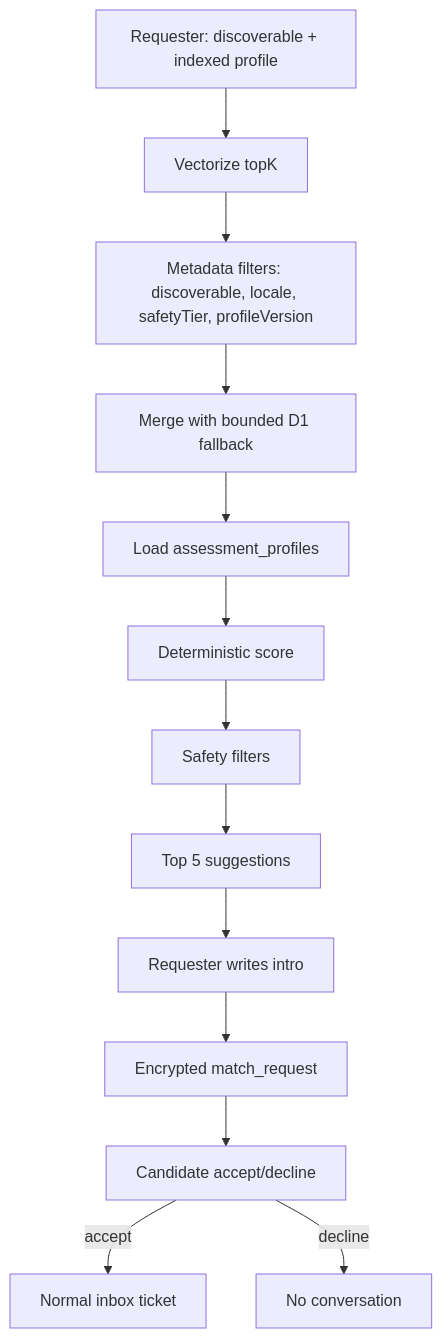
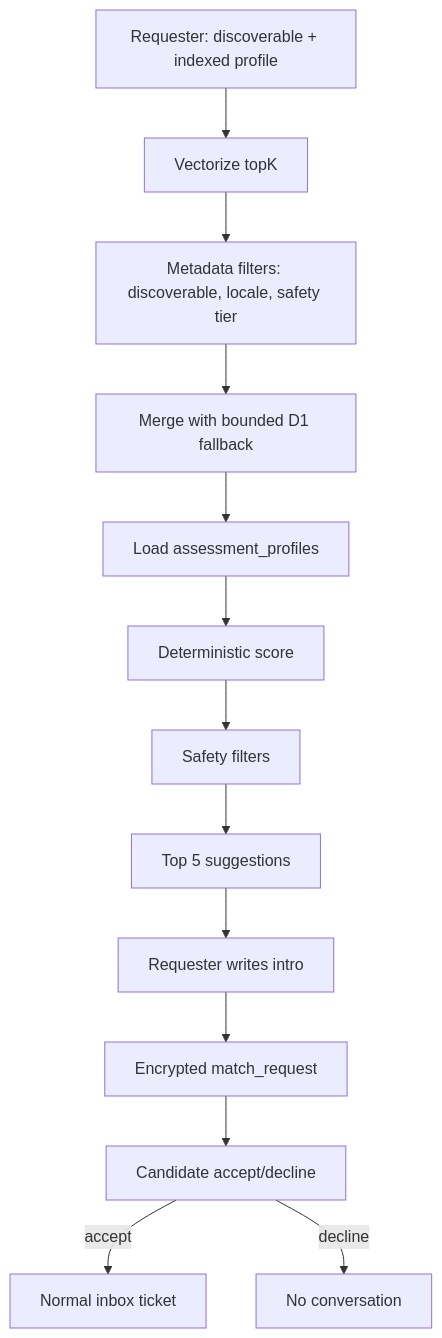
One commit to mohetios/mohetios.dev changed the seventh of 8 diagrams in content/fa/lab/anonymous-messaging-on-the-edge.md. Above: the diagram before and after it, drawn with Mermaid. The commit also changed other lines of this file, not shown here.

````diff
--- a/content/fa/lab/anonymous-messaging-on-the-edge.md
+++ b/content/fa/lab/anonymous-messaging-on-the-edge.md
@@ -437,15 +552,15 @@
 ```mermaid
 flowchart TD
   A[Requester: discoverable + indexed profile] --> B[Vectorize topK]
-  B --> C[Metadata filters: discoverable, locale, safetyTier, profileVersion]
+  B --> C[Metadata filters: discoverable, locale, safety tier]
   C --> D[Merge with bounded D1 fallback]
   D --> E[Load assessment_profiles]
   E --> F[Deterministic score]
   F --> G[Safety filters]
   G --> H[Top 5 suggestions]
   H --> I[Requester writes intro]
   I --> J[Encrypted match_request]
   J --> K[Candidate accept/decline]
   K -->|accept| L[Normal inbox ticket]
   K -->|decline| M[No conversation]
 ```
````
